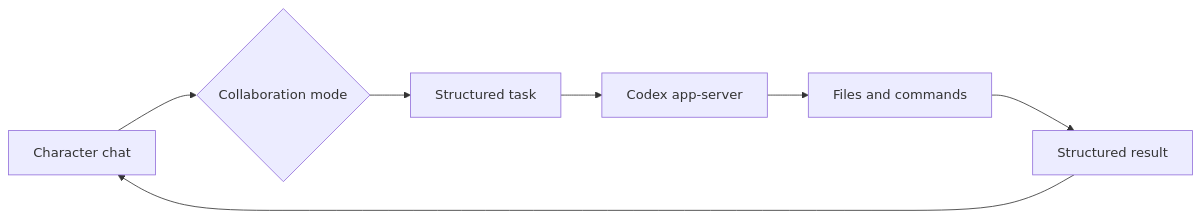
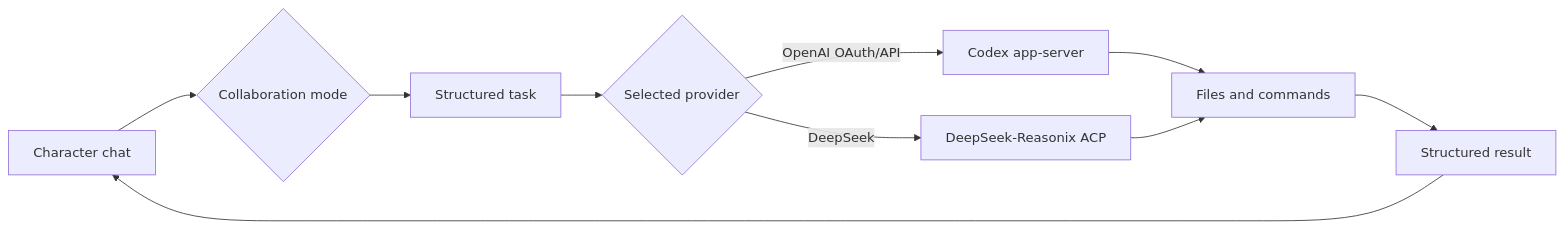
Before and after one commit to Jonah-Wu23/HSR_Partner_Harness: the diagram in README.en.md, drawn with Mermaid. The commit also changed other lines of this file and 16 other files, not shown here.

````diff
--- a/README.en.md
+++ b/README.en.md
@@ -41,9 +41,12 @@
 ```mermaid
 flowchart LR
     A[Character chat] --> B{Collaboration mode}
     B --> C[Structured task]
-    C --> D[Codex app-server]
-    D --> E[Files and commands]
-    E --> F[Structured result]
-    F --> A
+    C --> D{Selected provider}
+    D -->|OpenAI OAuth/API| E[Codex app-server]
+    D -->|DeepSeek| F[DeepSeek-Reasonix ACP]
+    E --> G[Files and commands]
+    F --> G
+    G --> H[Structured result]
+    H --> A
 ```
````
